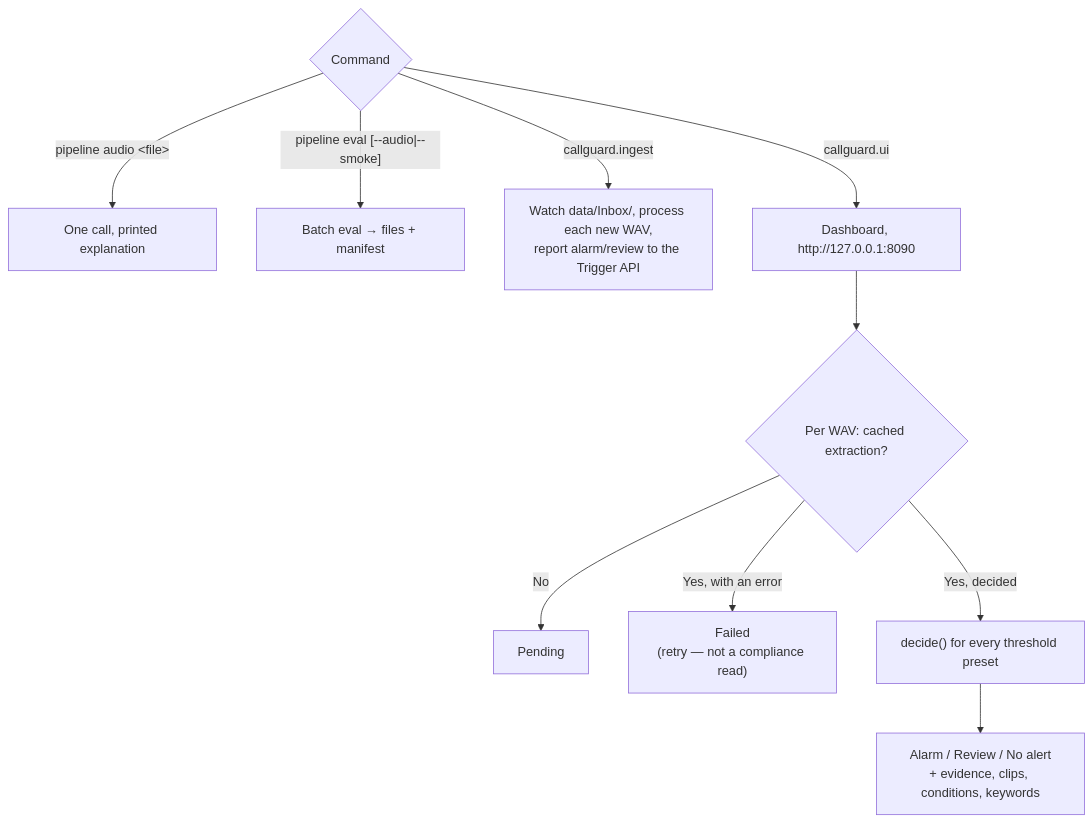
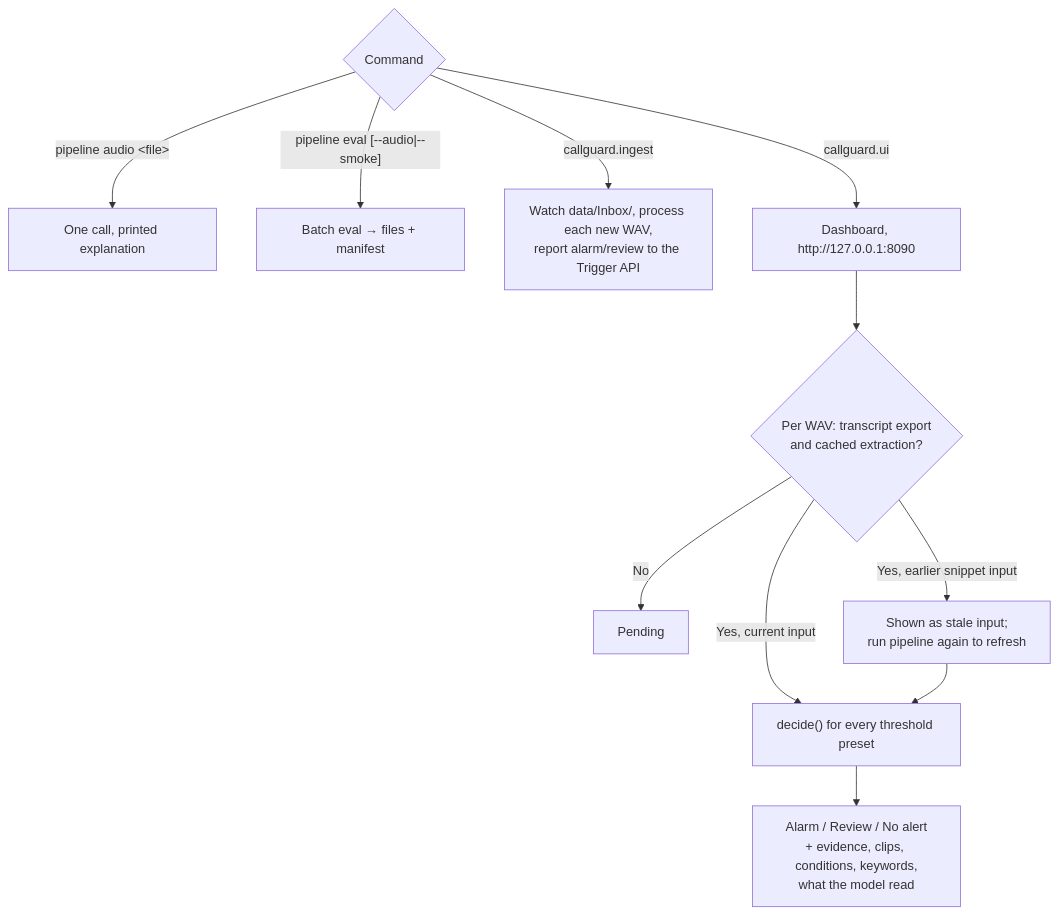
Before and after one commit to ep520/Solvent: the fifth of 5 diagrams in PIPELINE_FLOW.md, drawn with Mermaid. The commit also changed other lines of this file and 2 other files, not shown here.

````diff
--- a/PIPELINE_FLOW.md
+++ b/PIPELINE_FLOW.md
@@ -129,13 +146,14 @@
 ```mermaid
 flowchart TD
     CMD{"Command"} -- "pipeline audio &lt;file&gt;" --> ONE["One call, printed explanation"]
     CMD -- "pipeline eval [--audio|--smoke]" --> MANY["Batch eval → files + manifest"]
     CMD -- "callguard.ingest" --> WATCH["Watch data/Inbox/, process each new WAV,<br/>report alarm/review to the Trigger API"]
     CMD -- "callguard.ui" --> UI["Dashboard, http://127.0.0.1:8090"]
 
-    UI --> PER_CALL{"Per WAV: cached extraction?"}
+    UI --> PER_CALL{"Per WAV: transcript export<br/>and cached extraction?"}
     PER_CALL -- No --> PENDING["Pending"]
-    PER_CALL -- "Yes, with an error" --> FAILED["Failed<br/>(retry — not a compliance read)"]
-    PER_CALL -- "Yes, decided" --> RECOMPUTE["decide() for every threshold preset"]
-    RECOMPUTE --> VIEW["Alarm / Review / No alert<br/>+ evidence, clips, conditions, keywords"]
+    PER_CALL -- "Yes, current input" --> RECOMPUTE["decide() for every threshold preset"]
+    PER_CALL -- "Yes, earlier snippet input" --> STALE["Shown as stale input;<br/>run pipeline again to refresh"]
+    STALE --> RECOMPUTE
+    RECOMPUTE --> VIEW["Alarm / Review / No alert<br/>+ evidence, clips, conditions, keywords,<br/>what the model read"]
 ```
````
